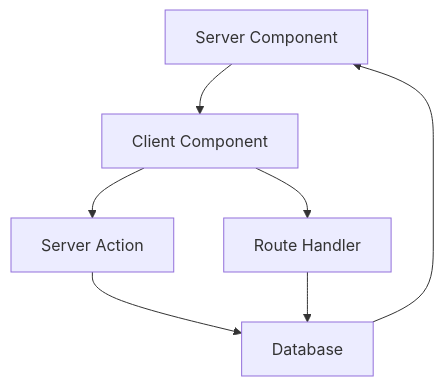
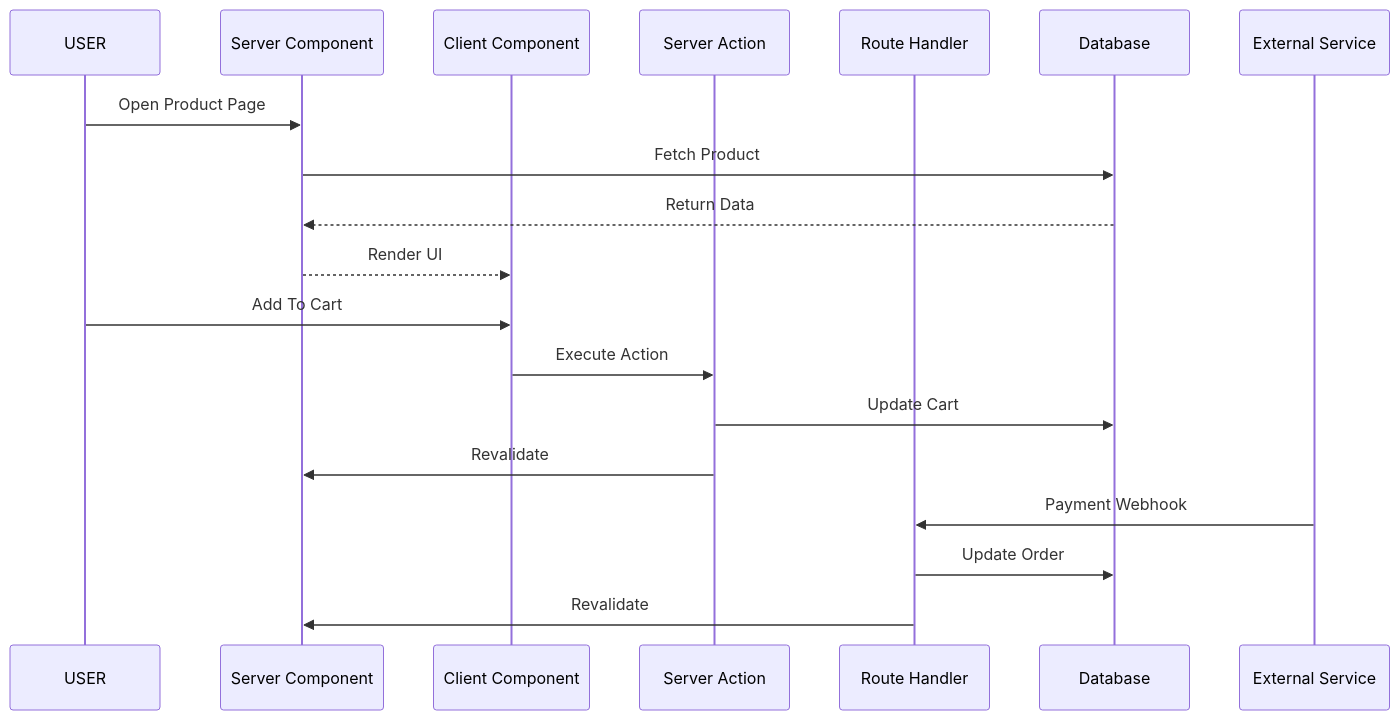
One commit to seanwhs/Tutorials changed the third of 3 diagrams in NextJS/Next-JS-Tutorial/Articles/Modern-Client-Server-Architecture.md. Above: the diagram before and after it, drawn with Mermaid. The commit also changed other lines of this file, not shown here.

````diff
--- a/NextJS/Next-JS-Tutorial/Articles/Modern-Client-Server-Architecture.md
+++ b/NextJS/Next-JS-Tutorial/Articles/Modern-Client-Server-Architecture.md
@@ -869,18 +494,33 @@
 ```mermaid
-graph TD
-    SC[Server Component]
-    CC[Client Component]
-    SA[Server Action]
-    RH[Route Handler]
-    DB[Database]
+sequenceDiagram
 
-    DB --> SC
+    participant USER
+    participant SC as Server Component
+    participant CC as Client Component
+    participant SA as Server Action
+    participant RH as Route Handler
+    participant DB as Database
+    participant EXT as External Service
 
-    SC --> CC
+    USER->>SC: Open Product Page
 
-    CC --> SA
-    CC --> RH
+    SC->>DB: Fetch Product
 
-    SA --> DB
-    RH --> DB
+    DB-->>SC: Return Data
+
+    SC-->>CC: Render UI
+
+    USER->>CC: Add To Cart
+
+    CC->>SA: Execute Action
+
+    SA->>DB: Update Cart
+
+    SA->>SC: Revalidate
+
+    EXT->>RH: Payment Webhook
+
+    RH->>DB: Update Order
+
+    RH->>SC: Revalidate
 ```
````
